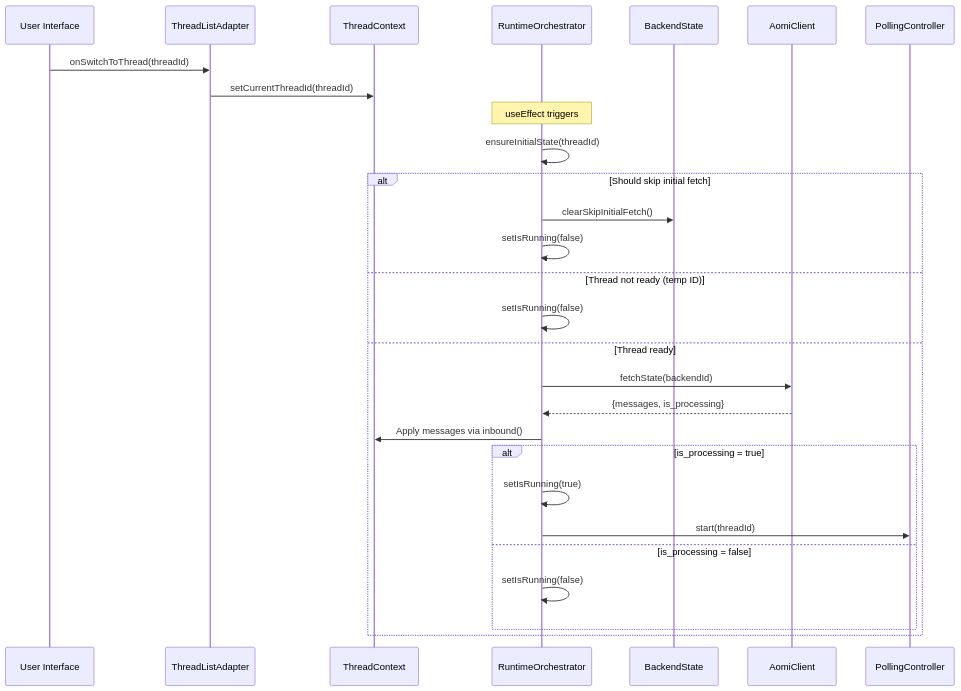
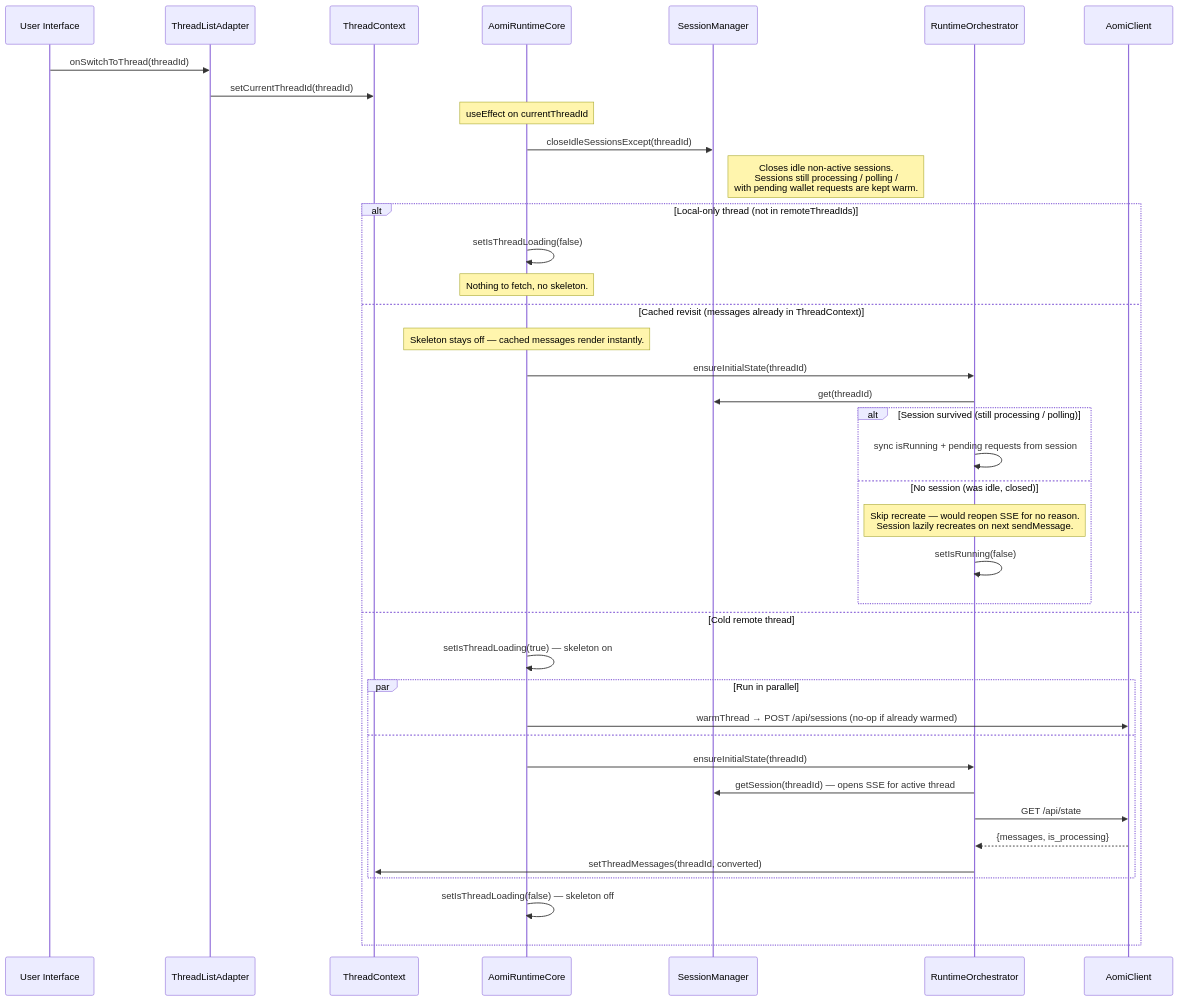
One commit to aomi-labs/aomi-widget changed the sixth of 13 diagrams in specs/RUNTIME-ARCH.md. Above: the diagram before and after it, drawn with Mermaid. The commit also changed other lines of this file and 38 other files, not shown here.

Commit message:
Remove legacy account exchange client flow

````diff
--- a/specs/RUNTIME-ARCH.md
+++ b/specs/RUNTIME-ARCH.md
@@ -234,34 +238,44 @@
 ```mermaid
 sequenceDiagram
     participant UI as User Interface
     participant TLA as ThreadListAdapter
     participant TC as ThreadContext
+    participant ARC as AomiRuntimeCore
+    participant SM as SessionManager
     participant RO as RuntimeOrchestrator
-    participant BS as BackendState
     participant API as AomiClient
-    participant PC as PollingController
 
     UI->>TLA: onSwitchToThread(threadId)
     TLA->>TC: setCurrentThreadId(threadId)
 
-    Note over RO: useEffect triggers
-    RO->>RO: ensureInitialState(threadId)
+    Note over ARC: useEffect on currentThreadId
+    ARC->>SM: closeIdleSessionsExcept(threadId)
+    Note right of SM: Closes idle non-active sessions.<br/>Sessions still processing / polling /<br/>with pending wallet requests are kept warm.
 
-    alt Should skip initial fetch
-        RO->>BS: clearSkipInitialFetch()
-        RO->>RO: setIsRunning(false)
-    else Thread not ready (temp ID)
-        RO->>RO: setIsRunning(false)
-    else Thread ready
-        RO->>API: fetchState(backendId)
-        API-->>RO: {messages, is_processing}
-        RO->>TC: Apply messages via inbound()
-
-        alt is_processing = true
-            RO->>RO: setIsRunning(true)
-            RO->>PC: start(threadId)
-        else is_processing = false
+    alt Local-only thread (not in remoteThreadIds)
+        ARC->>ARC: setIsThreadLoading(false)
+        Note over ARC: Nothing to fetch, no skeleton.
+    else Cached revisit (messages already in ThreadContext)
+        Note over ARC: Skeleton stays off — cached messages render instantly.
+        ARC->>RO: ensureInitialState(threadId)
+        RO->>SM: get(threadId)
+        alt Session survived (still processing / polling)
+            RO->>RO: sync isRunning + pending requests from session
+        else No session (was idle, closed)
+            Note over RO: Skip recreate — would reopen SSE for no reason.<br/>Session lazily recreates on next sendMessage.
             RO->>RO: setIsRunning(false)
         end
+    else Cold remote thread
+        ARC->>ARC: setIsThreadLoading(true) — skeleton on
+        par Run in parallel
+            ARC->>API: warmThread → POST /api/sessions (no-op if already warmed)
+        and
+            ARC->>RO: ensureInitialState(threadId)
+            RO->>SM: getSession(threadId) — opens SSE for active thread
+            RO->>API: GET /api/state
+            API-->>RO: {messages, is_processing}
+            RO->>TC: setThreadMessages(threadId, converted)
+        end
+        ARC->>ARC: setIsThreadLoading(false) — skeleton off
     end
 ```
````
